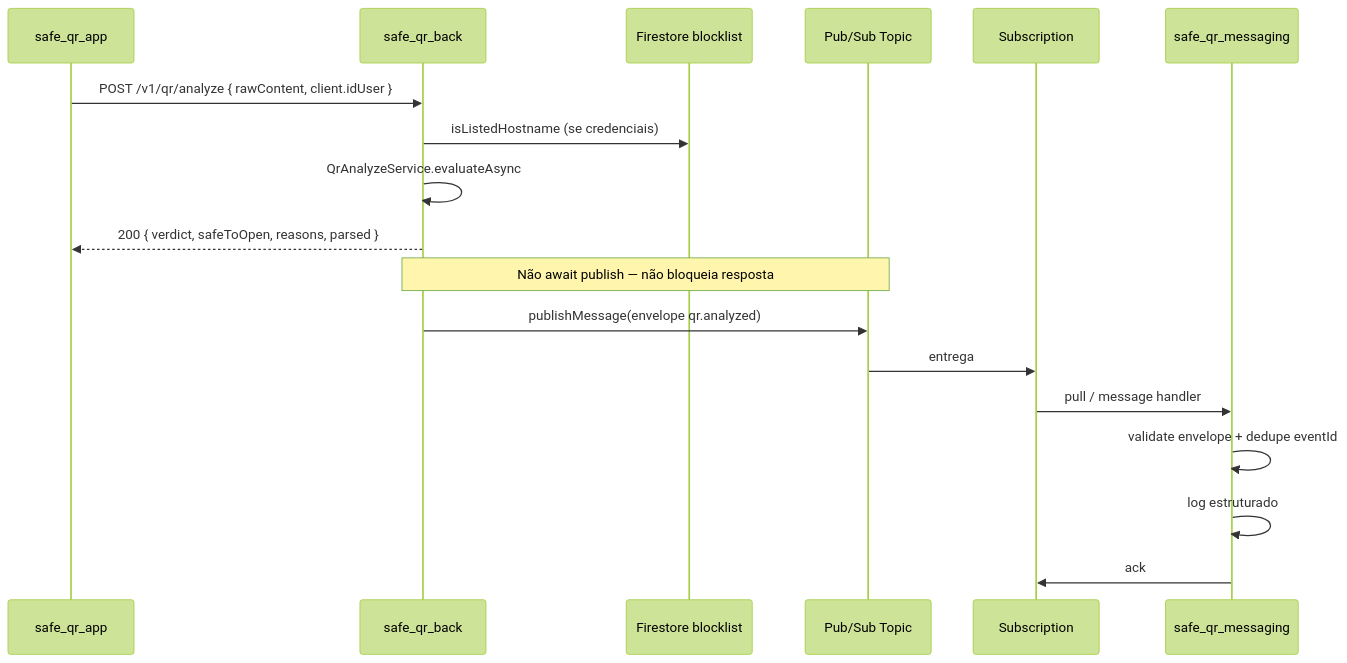
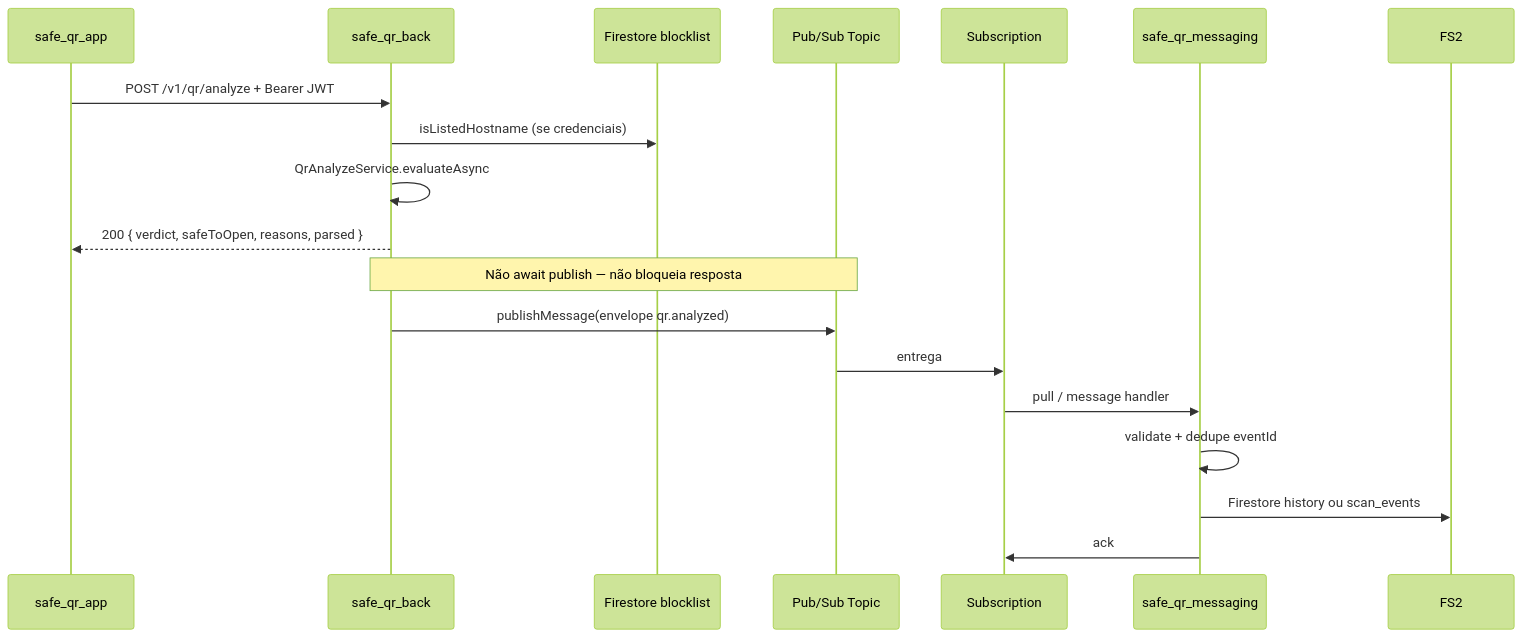
Before and after one commit to AndreWar10/SafeQR: the second of 2 diagrams in safe_qr_messaging/docs/01-PUBSUB-IMPLEMENTACAO.md, drawn with Mermaid (forest theme). The commit also changed other lines of this file and 104 other files, not shown here.

Commit message:
feat: implement Firebase Anonymous Auth for user identity management and enhance documentation for remote history integration

````diff
--- a/safe_qr_messaging/docs/01-PUBSUB-IMPLEMENTACAO.md
+++ b/safe_qr_messaging/docs/01-PUBSUB-IMPLEMENTACAO.md
@@ -100,21 +104,21 @@
 ```mermaid
 sequenceDiagram
   participant App as safe_qr_app
   participant API as safe_qr_back
   participant FS as Firestore blocklist
   participant PS as Pub/Sub Topic
   participant Sub as Subscription
   participant Msg as safe_qr_messaging
 
-  App->>API: POST /v1/qr/analyze { rawContent, client.idUser }
+  App->>API: POST /v1/qr/analyze + Bearer JWT
   API->>FS: isListedHostname (se credenciais)
   API->>API: QrAnalyzeService.evaluateAsync
   API-->>App: 200 { verdict, safeToOpen, reasons, parsed }
   Note over API,PS: Não await publish — não bloqueia resposta
   API->>PS: publishMessage(envelope qr.analyzed)
   PS->>Sub: entrega
   Sub->>Msg: pull / message handler
-  Msg->>Msg: validate envelope + dedupe eventId
-  Msg->>Msg: log estruturado
+  Msg->>Msg: validate + dedupe eventId
+  Msg->>FS2: Firestore history ou scan_events
   Msg->>Sub: ack
 ```
````
